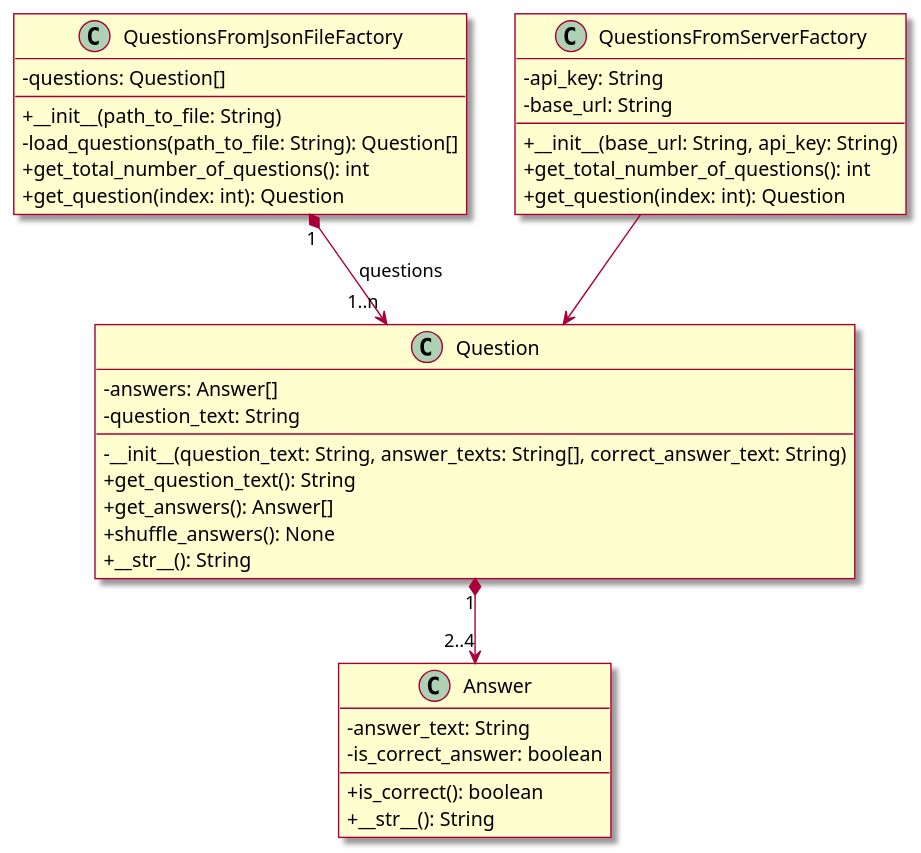
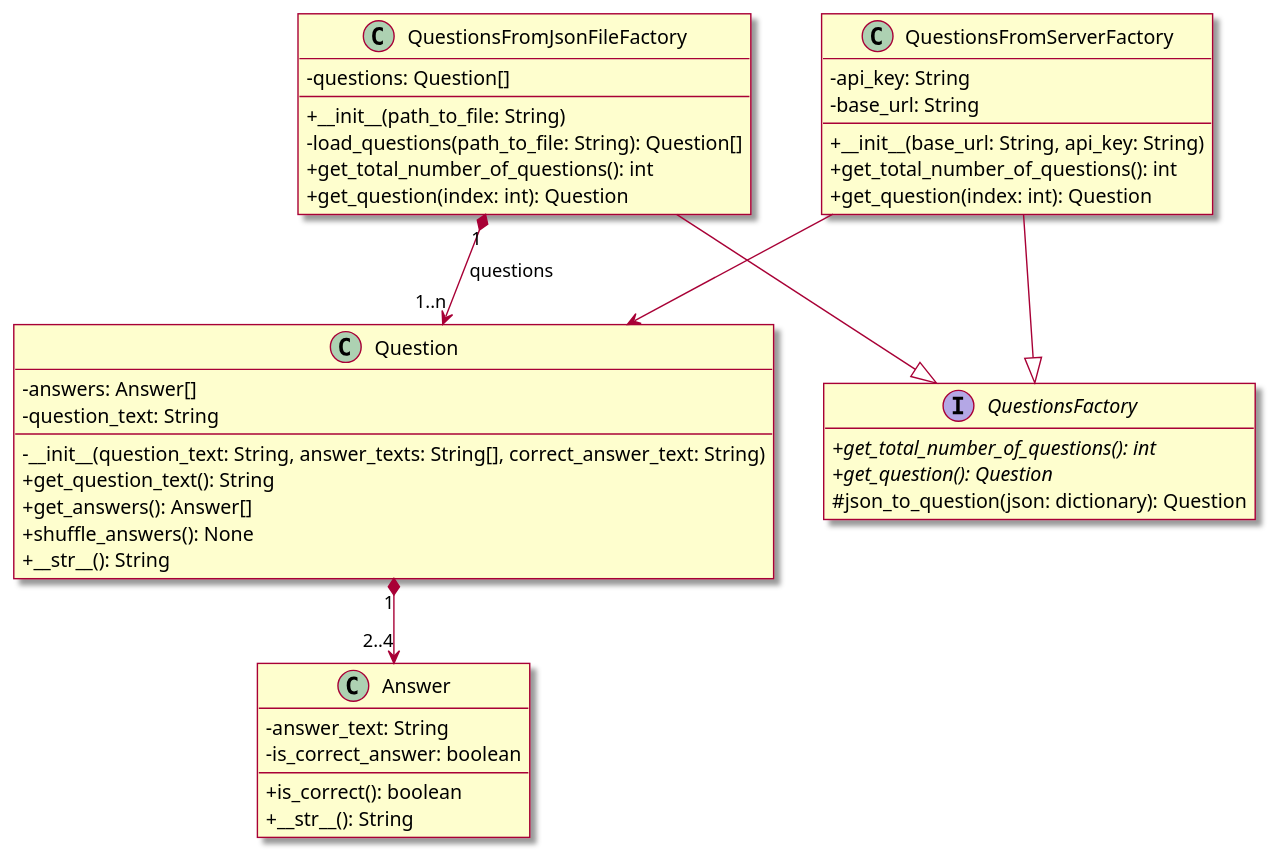
Before and after one commit to killuari/quiz_game_ctk: the diagram in diagrams/question_data.puml, drawn with PlantUML.

Commit message:
Add Interface QuestionsFactory to class diagram

```diff
--- a/diagrams/question_data.puml
+++ b/diagrams/question_data.puml
@@ -1,42 +1,51 @@
 @startuml
 hide empty members
 skin rose
 skinparam classAttributeIconSize 0
 
 class Question {
     - answers: Answer[]
     - question_text: String
     - __init__(question_text: String, answer_texts: String[], correct_answer_text: String)
     + get_question_text(): String
     + get_answers(): Answer[]
     + shuffle_answers(): None
     + __str__(): String
 }
 
 class Answer {
     - answer_text: String
     - is_correct_answer: boolean
     + is_correct(): boolean
     + __str__(): String
 }
 
 class QuestionsFromJsonFileFactory {
     - questions: Question[]
     + __init__(path_to_file: String)
     - load_questions(path_to_file: String): Question[]
     + get_total_number_of_questions(): int
     + get_question(index: int): Question
 }
 
 class QuestionsFromServerFactory {
     - api_key: String
     - base_url: String
     + __init__(base_url: String, api_key: String)
     + get_total_number_of_questions(): int
     + get_question(index: int): Question
 }
 
+interface QuestionsFactory {
+    + {abstract} get_total_number_of_questions(): int
+    + {abstract} get_question(): Question
+    # json_to_question(json: dictionary): Question
+}
+
 Question "1" *--> "2..4" Answer
 QuestionsFromJsonFileFactory "1" *--> "1..n" Question: questions
 QuestionsFromServerFactory --> Question
+QuestionsFromServerFactory --|> QuestionsFactory
+QuestionsFromJsonFileFactory --|> QuestionsFactory
+
 @enduml
```
